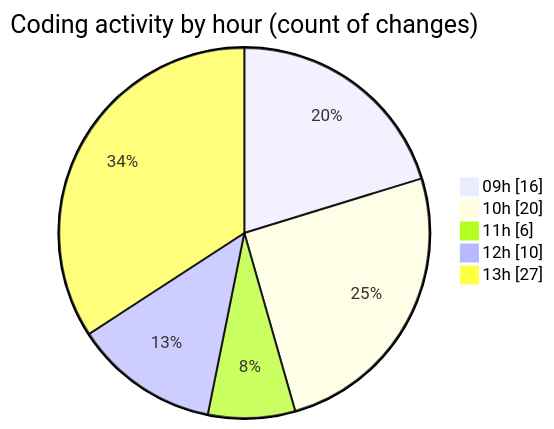
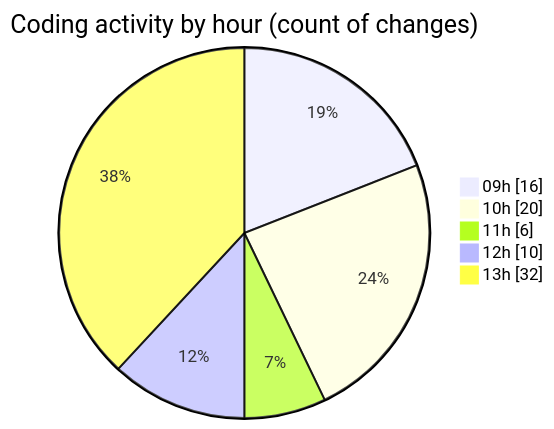
One commit to momahboobian/code-tracking changed the second of 2 diagrams in 2025-05-16/cda/README.md. Above: the diagram before and after it, drawn with Mermaid. The commit also changed other lines of this file and 1 other file, not shown here.

````diff
--- a/2025-05-16/cda/README.md
+++ b/2025-05-16/cda/README.md
@@ -54,9 +54,9 @@
 ```mermaid
 pie showData
 title Coding activity by hour (count of changes)
 "09h" : 16
 "10h" : 20
 "11h" : 6
 "12h" : 10
-"13h" : 27
+"13h" : 32
 ```
````
